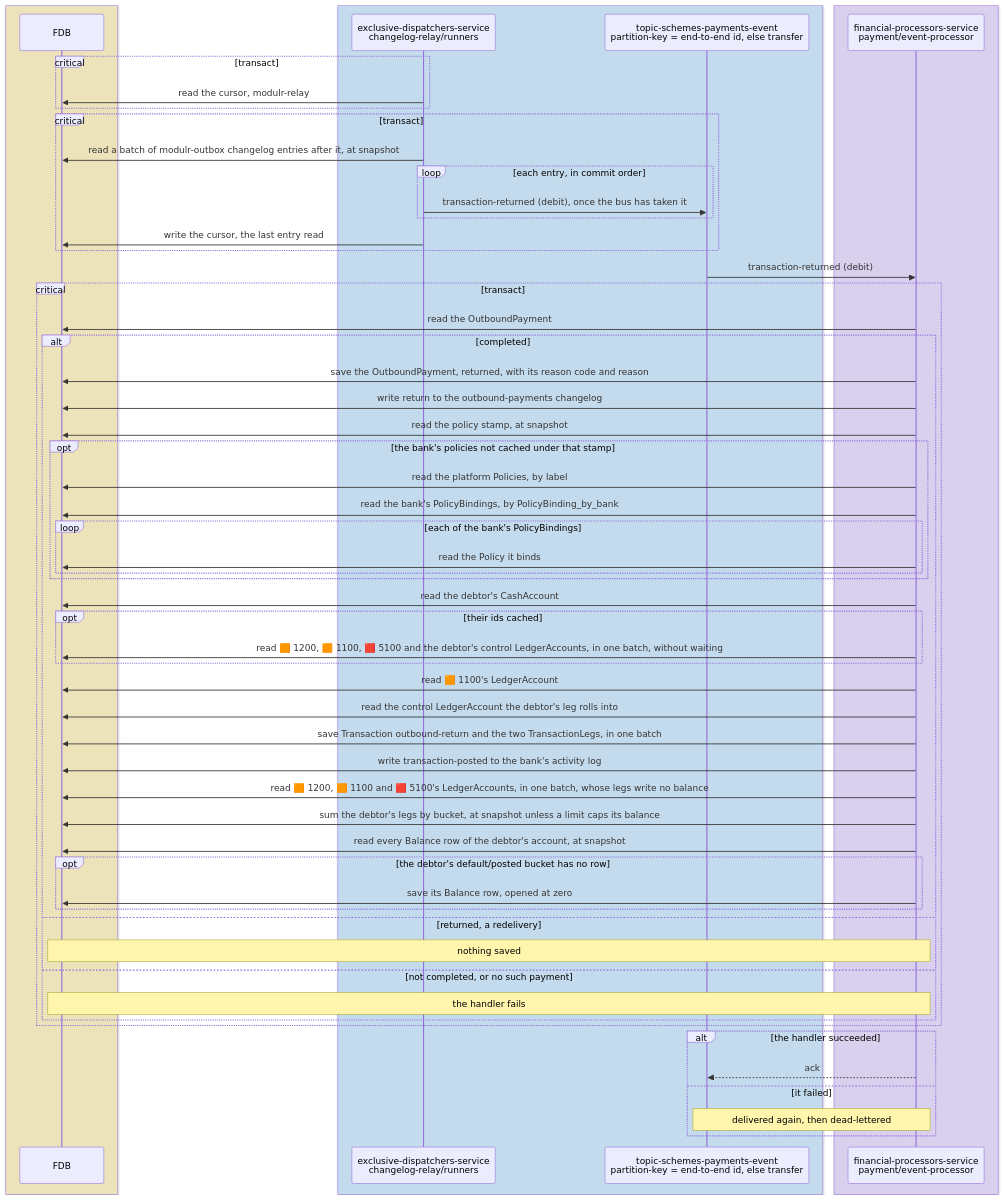
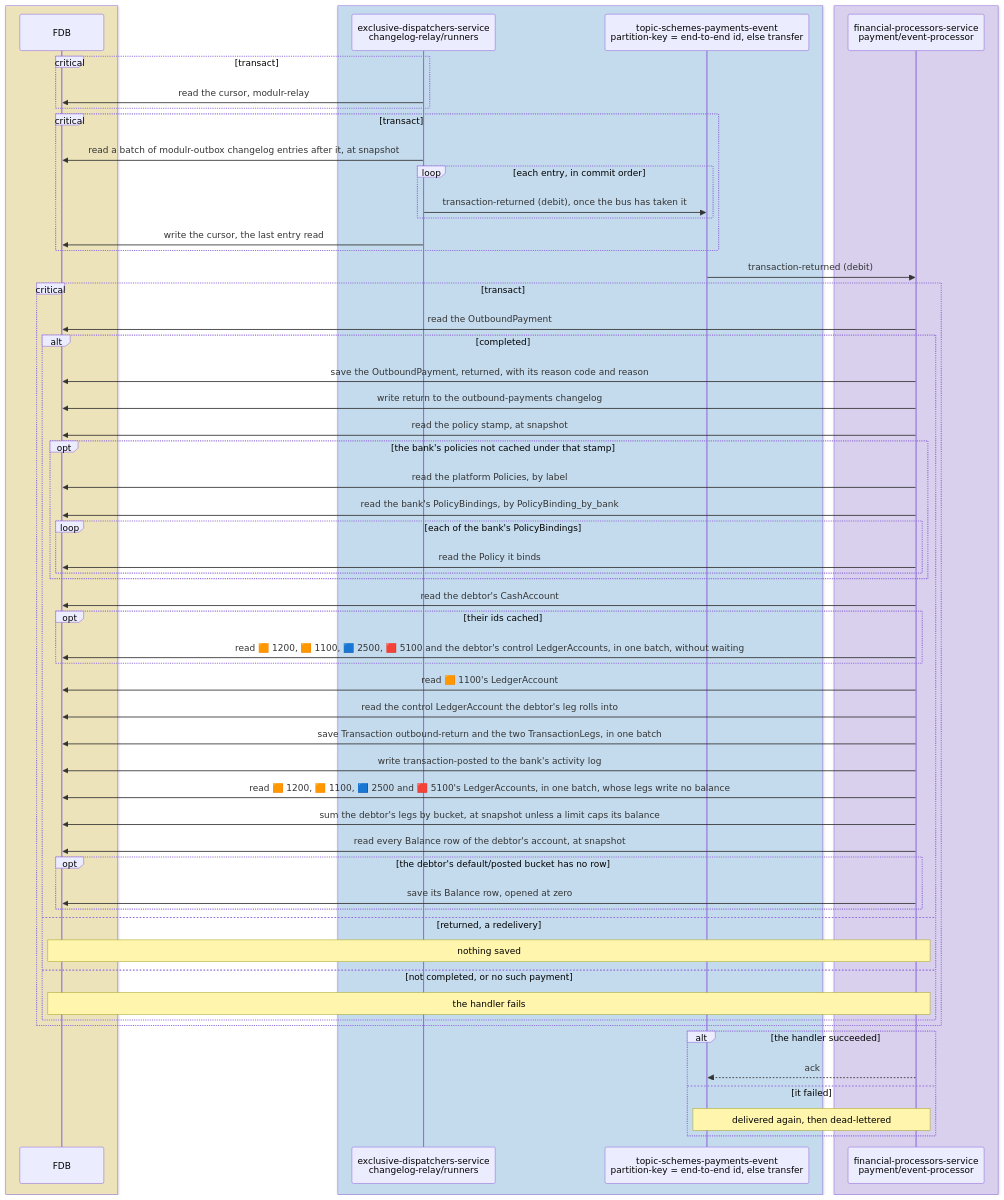
Before and after one commit to repldriven/queenswood: diagram 15 of 15 in docs/tdd/payments-outbound.md, drawn with Mermaid. The commit also changed other lines of this file and 48 other files, not shown here.

First line of the commit message:
Sum suspense from its legs, have ledger accounts and balances accept a posting's legs, and require a leg's product type (#880)

````diff
--- a/docs/tdd/payments-outbound.md
+++ b/docs/tdd/payments-outbound.md
@@ -886,62 +886,62 @@
 ```mermaid
 sequenceDiagram
     box rgba(255, 236, 153, 0.5)
     participant DB as FDB
     end
     box rgba(165, 216, 255, 0.45)
     participant OR as exclusive-dispatchers-service<br/>changelog-relay/runners
     participant SE as topic-schemes-payments-event<br/>partition-key = end-to-end id, else transfer
     end
     box rgba(208, 191, 255, 0.45)
     participant PE as financial-processors-service<br/>payment/event-processor
     end
     critical transact
     OR->>DB: read the cursor, modulr-relay
     end
     critical transact
     OR->>DB: read a batch of modulr-outbox changelog entries after it, at snapshot
     loop each entry, in commit order
     OR->>SE: transaction-returned (debit), once the bus has taken it
     end
     OR->>DB: write the cursor, the last entry read
     end
     SE->>PE: transaction-returned (debit)
     critical transact
     PE->>DB: read the OutboundPayment
     alt completed
     PE->>DB: save the OutboundPayment, returned, with its reason code and reason
     PE->>DB: write return to the outbound-payments changelog
     PE->>DB: read the policy stamp, at snapshot
     opt the bank's policies not cached under that stamp
     PE->>DB: read the platform Policies, by label
     PE->>DB: read the bank's PolicyBindings, by PolicyBinding_by_bank
     loop each of the bank's PolicyBindings
     PE->>DB: read the Policy it binds
     end
     end
     PE->>DB: read the debtor's CashAccount
     opt their ids cached
-    PE->>DB: read 🟧 1200, 🟧 1100, 🟥 5100 and the debtor's control LedgerAccounts, in one batch, without waiting
+    PE->>DB: read 🟧 1200, 🟧 1100, 🟦 2500, 🟥 5100 and the debtor's control LedgerAccounts, in one batch, without waiting
     end
     PE->>DB: read 🟧 1100's LedgerAccount
     PE->>DB: read the control LedgerAccount the debtor's leg rolls into
     PE->>DB: save Transaction outbound-return and the two TransactionLegs, in one batch
     PE->>DB: write transaction-posted to the bank's activity log
-    PE->>DB: read 🟧 1200, 🟧 1100 and 🟥 5100's LedgerAccounts, in one batch, whose legs write no balance
+    PE->>DB: read 🟧 1200, 🟧 1100, 🟦 2500 and 🟥 5100's LedgerAccounts, in one batch, whose legs write no balance
     PE->>DB: sum the debtor's legs by bucket, at snapshot unless a limit caps its balance
     PE->>DB: read every Balance row of the debtor's account, at snapshot
     opt the debtor's default/posted bucket has no row
     PE->>DB: save its Balance row, opened at zero
     end
     else returned, a redelivery
     Note over PE,DB: nothing saved
     else not completed, or no such payment
     Note over PE,DB: the handler fails
     end
     end
     alt the handler succeeded
     PE-->>SE: ack
     else it failed
     Note over PE,SE: delivered again, then dead-lettered
     end
 ```
````
